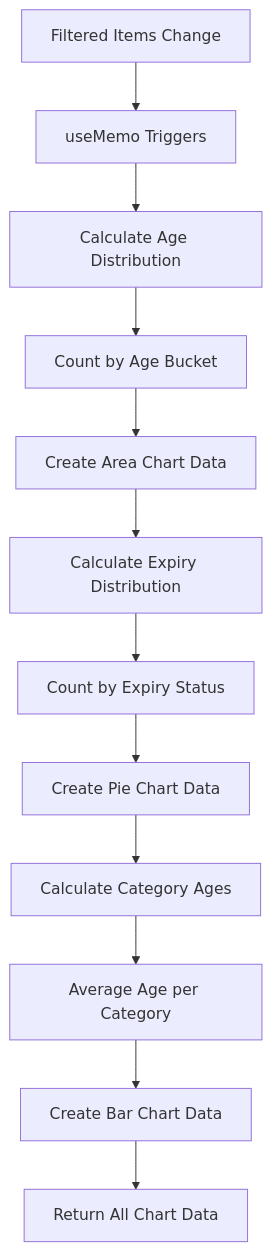
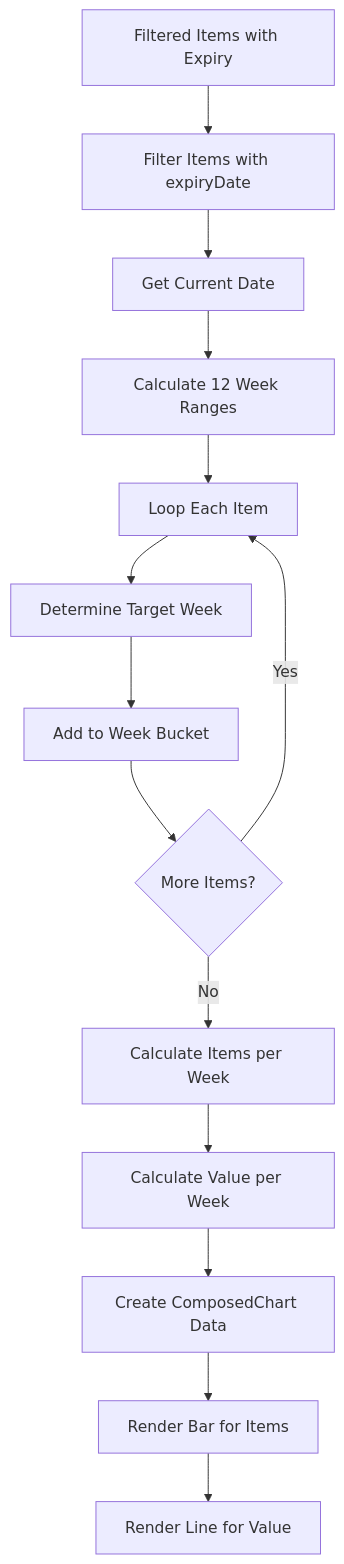
Before and after one commit to PeakMNA/carmen: diagram 11 of 23 in docs/app/inventory-management/stock-overview/inventory-aging/FD-inventory-aging.md, drawn with Mermaid. The commit also changed other lines of this file and 473 other files, not shown here.

````diff
--- a/docs/app/inventory-management/stock-overview/inventory-aging/FD-inventory-aging.md
+++ b/docs/app/inventory-management/stock-overview/inventory-aging/FD-inventory-aging.md
@@ -191,14 +239,16 @@
 ```mermaid
-flowchart TD
-    A[Filtered Items Change] --> B[useMemo Triggers]
-    B --> C[Calculate Age Distribution]
-    C --> D[Count by Age Bucket]
-    D --> E[Create Area Chart Data]
-    E --> F[Calculate Expiry Distribution]
-    F --> G[Count by Expiry Status]
-    G --> H[Create Pie Chart Data]
-    H --> I[Calculate Category Ages]
-    I --> J[Average Age per Category]
-    J --> K[Create Bar Chart Data]
-    K --> L[Return All Chart Data]
+graph TD
+    A[Filtered Items with Expiry] --> B[Filter Items with expiryDate]
+    B --> C[Get Current Date]
+    C --> D[Calculate 12 Week Ranges]
+    D --> E[Loop Each Item]
+    E --> F[Determine Target Week]
+    F --> G[Add to Week Bucket]
+    G --> H{More Items?}
+    H -->|Yes| E
+    H -->|No| I[Calculate Items per Week]
+    I --> J[Calculate Value per Week]
+    J --> K[Create ComposedChart Data]
+    K --> L[Render Bar for Items]
+    L --> M[Render Line for Value]
 ```
````
